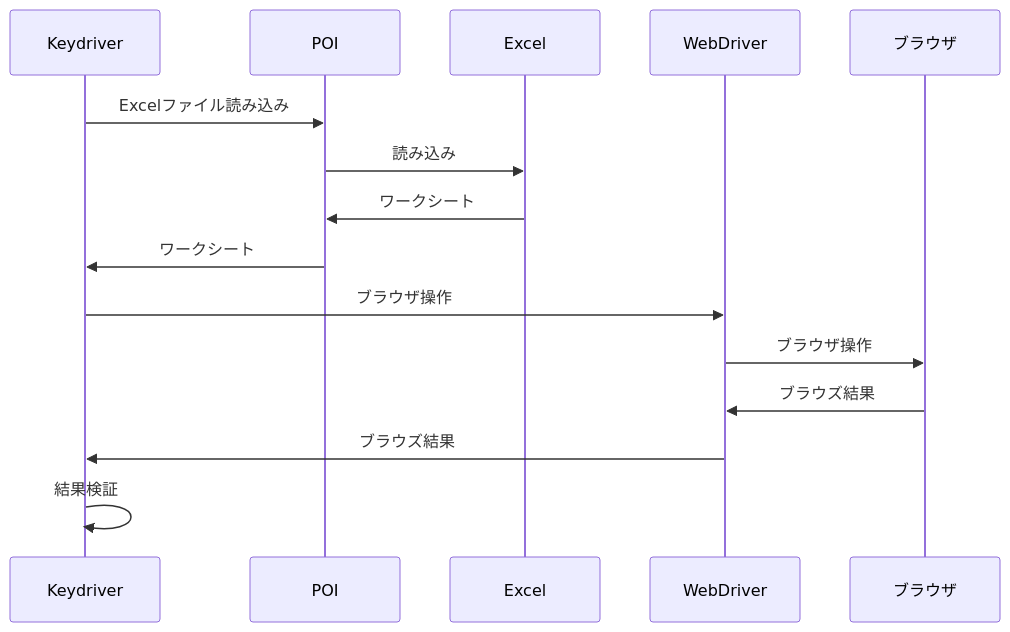
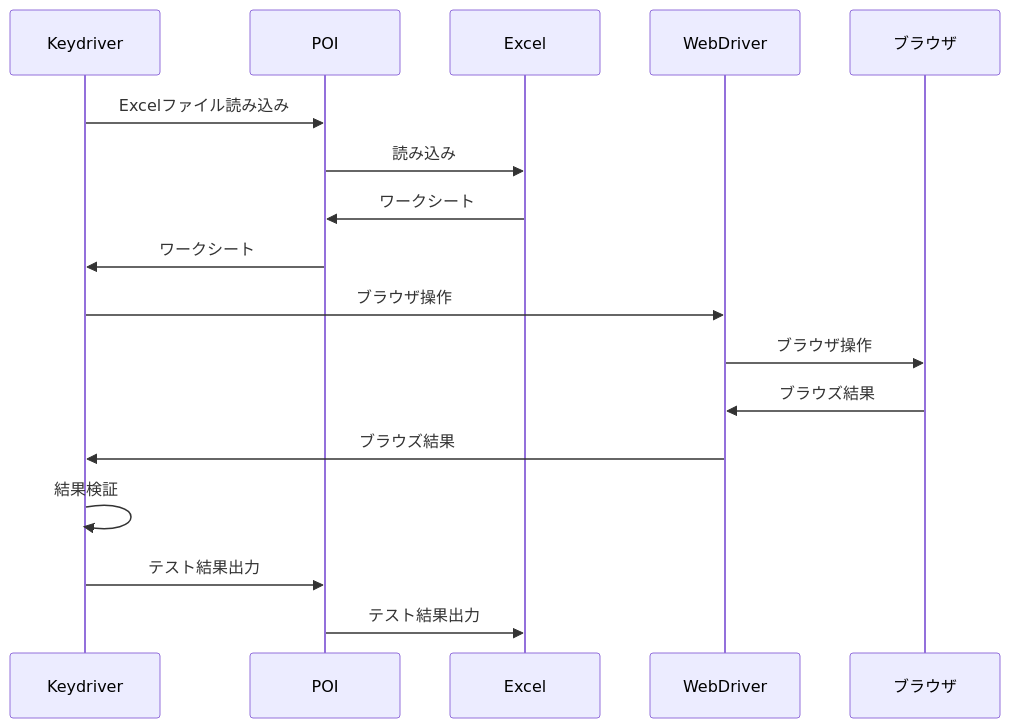
The diagram in keydriver.md (eyasuyuki/keydriver-lightning-talk), drawn with Mermaid before and after one commit. The commit also changed 2 other files, not shown here.

Commit message:
use HotelReservation.xlsx

```diff
--- a/keydriver.md
+++ b/keydriver.md
@@ -105,12 +105,14 @@
 <div class="mermaid" style="font-size: 50%; text-align: center;">
 sequenceDiagram
     Keydriver ->> POI: Excelファイル読み込み
     POI ->> Excel: 読み込み
     Excel ->> POI: ワークシート
     POI ->> Keydriver: ワークシート
     Keydriver ->> WebDriver: ブラウザ操作
     WebDriver ->> ブラウザ: ブラウザ操作
     ブラウザ ->> WebDriver: ブラウズ結果
     WebDriver ->> Keydriver: ブラウズ結果
     Keydriver ->> Keydriver: 結果検証
+    Keydriver ->> POI: テスト結果出力
+    POI ->> Excel: テスト結果出力
 </div>
```
